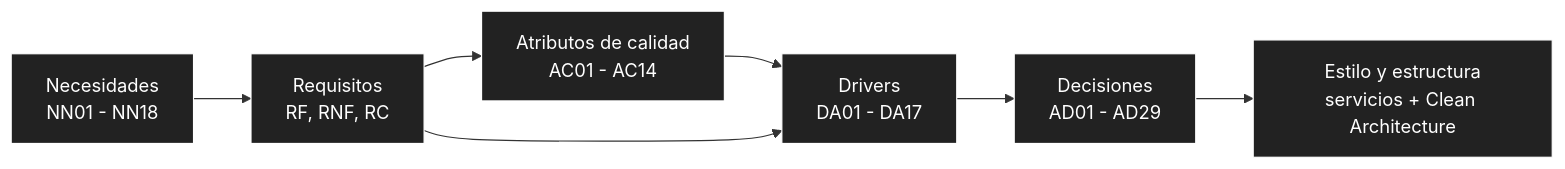
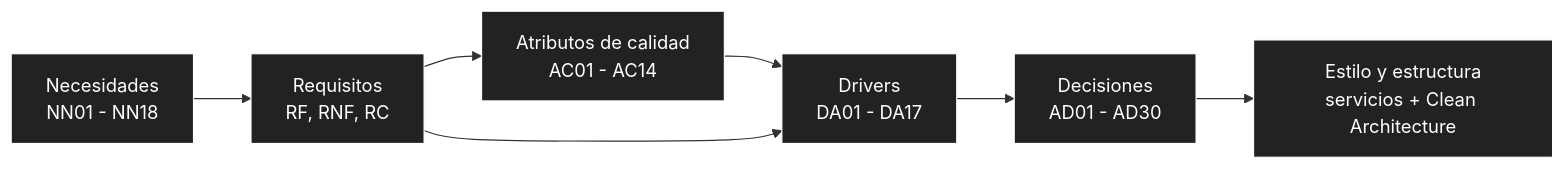
Before and after one commit to P35C4D0R4B1050/BabelHub: the diagram in docs/02-arquitectura-de-software/01-drivers-arquitectonicos.md, drawn with Mermaid. The commit also changed other lines of this file and 29 other files, not shown here.

First line of the commit message:
docs: align analysis, architecture, design, security and UX docs with the specs

````diff
--- a/docs/02-arquitectura-de-software/01-drivers-arquitectonicos.md
+++ b/docs/02-arquitectura-de-software/01-drivers-arquitectonicos.md
@@ -7,16 +7,16 @@
 ```mermaid
 flowchart LR
 NN["Necesidades<br/>NN01 - NN18"] --> REQ["Requisitos<br/>RF, RNF, RC"]
 REQ --> AC["Atributos de calidad<br/>AC01 - AC14"]
 AC --> DA["Drivers<br/>DA01 - DA17"]
 REQ --> DA
-DA --> AD["Decisiones<br/>AD01 - AD29"]
+DA --> AD["Decisiones<br/>AD01 - AD30"]
 AD --> EST["Estilo y estructura<br/>servicios + Clean Architecture"]
 
 style NN fill:#222,stroke:#fff,color:#fff
 style REQ fill:#222,stroke:#fff,color:#fff
 style AC fill:#222,stroke:#fff,color:#fff
 style DA fill:#222,stroke:#fff,color:#fff
 style AD fill:#222,stroke:#fff,color:#fff
 style EST fill:#222,stroke:#fff,color:#fff
 ```
````
